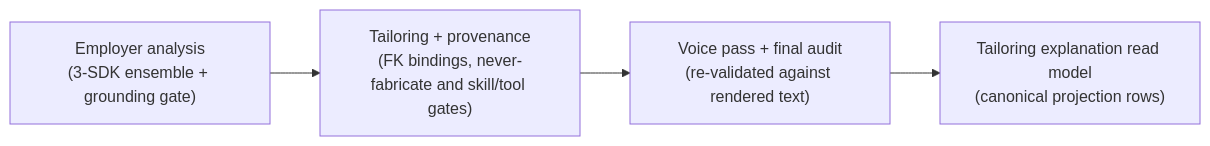
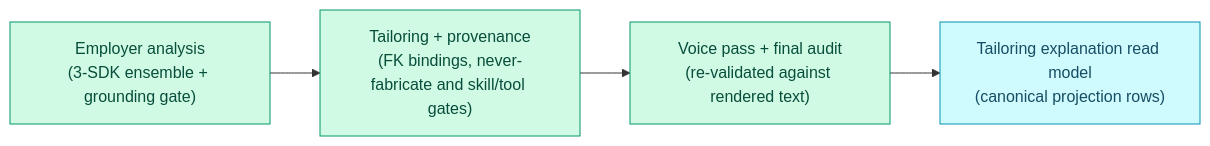
Before and after one commit to ebarti/JobCtrl: the diagram in docs/architecture/materials.md, drawn with Mermaid. The commit also changed 19 other files, not shown here.

````diff
--- a/docs/architecture/materials.md
+++ b/docs/architecture/materials.md
@@ -11,6 +11,11 @@
 ```mermaid
 flowchart LR
     EA["Employer analysis<br/>(3-SDK ensemble + grounding gate)"] --> PROV["Tailoring + provenance<br/>(FK bindings, never-fabricate and skill/tool gates)"]
     PROV --> VOICE["Voice pass + final audit<br/>(re-validated against rendered text)"]
     VOICE --> READ["Tailoring explanation read model<br/>(canonical projection rows)"]
+
+    classDef py fill:#d1fae5,stroke:#059669,color:#064e3b
+    classDef store fill:#cffafe,stroke:#0891b2,color:#164e63
+    class EA,PROV,VOICE py
+    class READ store
 ```
````
